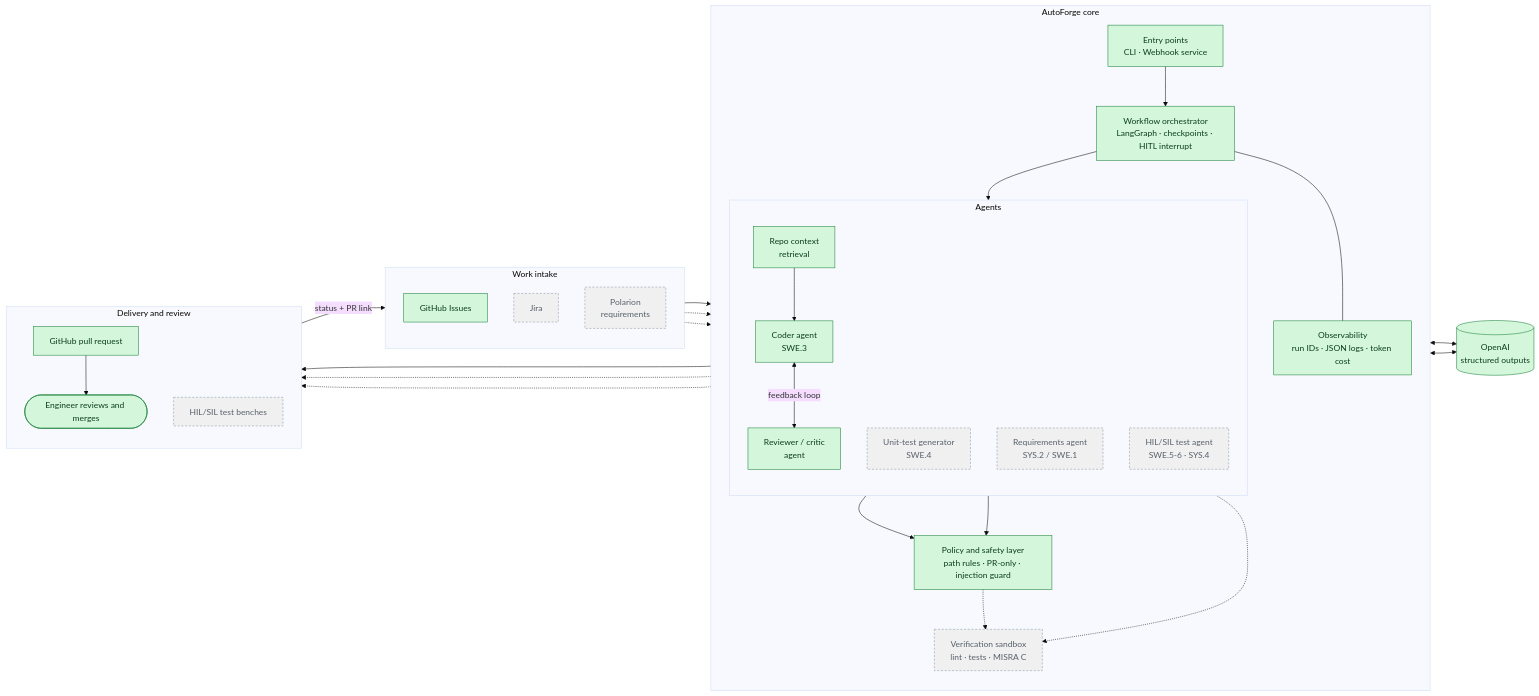
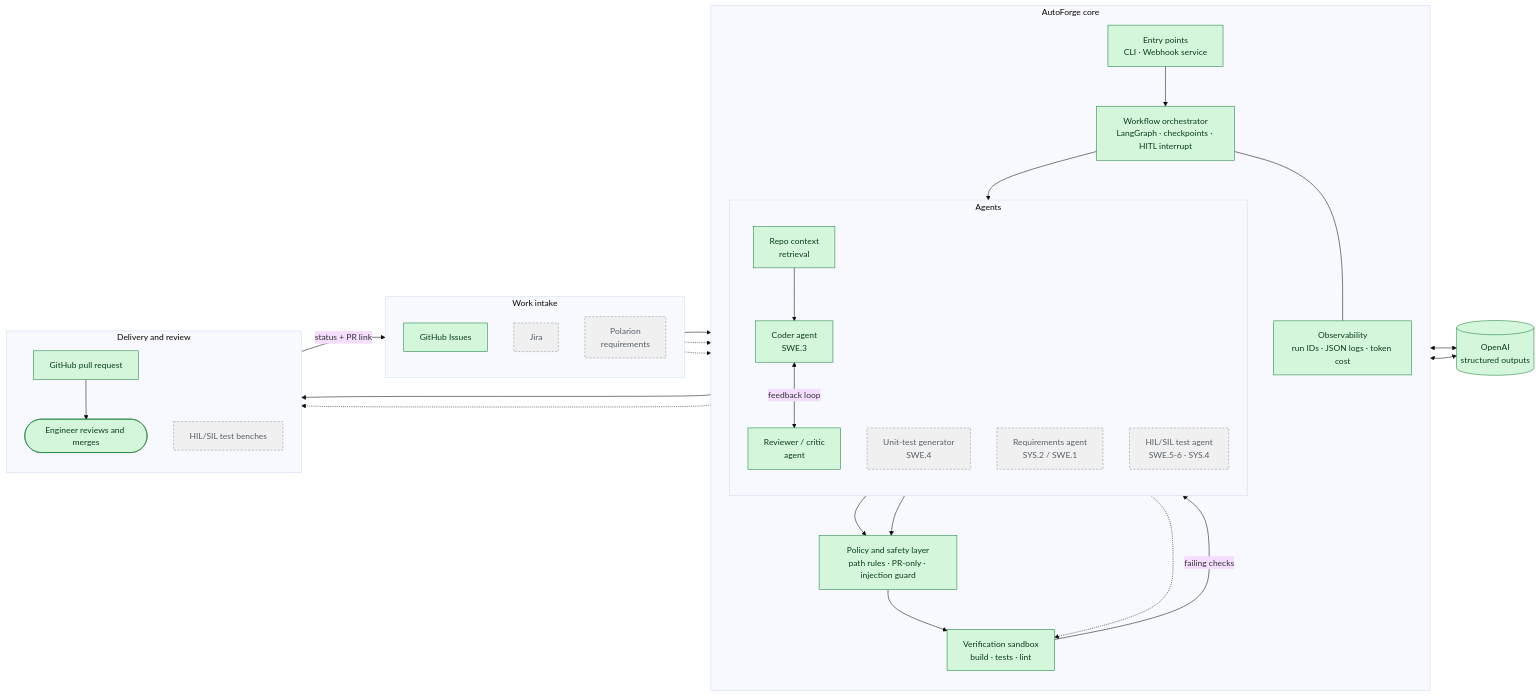
One commit to SumanthKumar1210/autonomous_coding_agent changed the diagram in README.md. Above: the diagram before and after it, drawn with Mermaid (base theme). The commit also changed other lines of this file and 33 other files, not shown here.

````diff
--- a/README.md
+++ b/README.md
@@ -49,65 +50,65 @@
 ```mermaid
 flowchart LR
     %% ---------- Inputs ----------
     subgraph IN["Work intake"]
         direction TB
         GHI["GitHub Issues"]
         JIRA["Jira"]
         POL["Polarion<br/>requirements"]
     end
 
     %% ---------- Core ----------
     subgraph CORE["AutoForge core"]
         direction TB
         ENTRY["Entry points<br/>CLI · Webhook service"]
         ORCH["Workflow orchestrator<br/>LangGraph · checkpoints · HITL interrupt"]
 
         subgraph AGENTS["Agents"]
             direction TB
             CTX["Repo context<br/>retrieval"]
             CODER["Coder agent<br/>SWE.3"]
             REVIEW["Reviewer / critic<br/>agent"]
             TESTGEN["Unit-test generator<br/>SWE.4"]
             REQ["Requirements agent<br/>SYS.2 / SWE.1"]
             HIL["HIL/SIL test agent<br/>SWE.5-6 · SYS.4"]
         end
 
         POLICY["Policy and safety layer<br/>path rules · PR-only · injection guard"]
-        VERIFY["Verification sandbox<br/>lint · tests · MISRA C"]
+        VERIFY["Verification sandbox<br/>build · tests · lint"]
         OBS["Observability<br/>run IDs · JSON logs · token cost"]
     end
 
     %% ---------- External ----------
     LLM[("OpenAI<br/>structured outputs")]
 
     subgraph OUT["Delivery and review"]
         direction TB
         PR["GitHub pull request"]
         HUMAN(["Engineer reviews and merges"])
         BENCH["HIL/SIL test benches"]
     end
 
     GHI --> ENTRY
     JIRA -.-> ENTRY
     POL -.-> REQ
     ENTRY --> ORCH
     ORCH --> CTX --> CODER
     CODER <-->|feedback loop| REVIEW
     CODER --> POLICY
     REVIEW --> POLICY
     TESTGEN -.-> VERIFY
-    POLICY --> PR
-    POLICY -.-> VERIFY -.-> PR
+    POLICY --> VERIFY -->|failing checks| CODER
+    VERIFY --> PR
     HIL -.-> BENCH
     CODER <--> LLM
     REVIEW <--> LLM
     PR --> HUMAN
     PR -->|status + PR link| GHI
     ORCH --- OBS
 
     classDef built fill:#d4f7dc,stroke:#1a7f37,color:#0b3d1a
     classDef next fill:#fff4cc,stroke:#bf8700,color:#4d3800
     classDef planned fill:#f0f0f0,stroke:#8c959f,color:#57606a,stroke-dasharray:4 3
-    class GHI,ENTRY,ORCH,CTX,CODER,REVIEW,POLICY,OBS,PR,HUMAN,LLM built
-    class JIRA,POL,TESTGEN,REQ,HIL,VERIFY,BENCH planned
+    class GHI,ENTRY,ORCH,CTX,CODER,REVIEW,POLICY,VERIFY,OBS,PR,HUMAN,LLM built
+    class JIRA,POL,TESTGEN,REQ,HIL,BENCH planned
 ```
````
